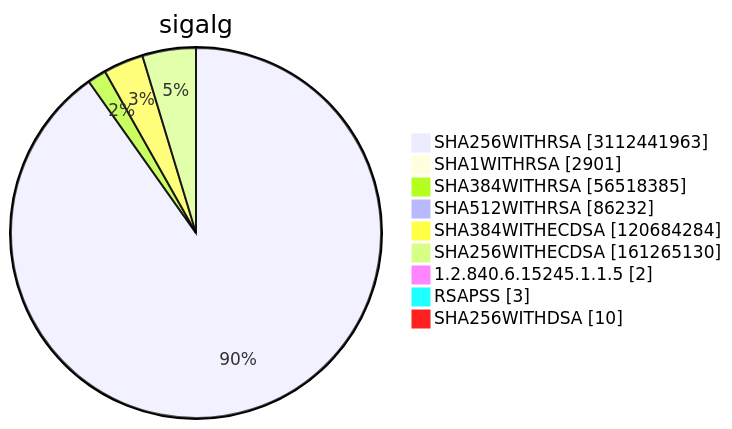
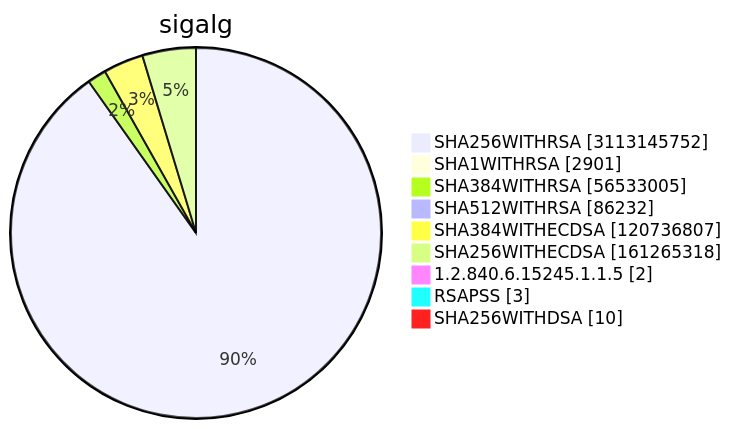
Before and after one commit to christiankrug/ctmonitor_visualization: diagram 15 of 15 in TOTAL/README.md, drawn with Mermaid. The commit also changed other lines of this file, not shown here.

````diff
--- a/TOTAL/README.md
+++ b/TOTAL/README.md
@@ -6212,13 +6212,13 @@
 ```mermaid
 pie showData
 title sigalg
-"SHA256WITHRSA" :3112441963
+"SHA256WITHRSA" :3113145752
 "SHA1WITHRSA" :2901
-"SHA384WITHRSA" :56518385
+"SHA384WITHRSA" :56533005
 "SHA512WITHRSA" :86232
-"SHA384WITHECDSA" :120684284
-"SHA256WITHECDSA" :161265130
+"SHA384WITHECDSA" :120736807
+"SHA256WITHECDSA" :161265318
 "1.2.840.6.15245.1.1.5" :2
 "RSAPSS" :3
 "SHA256WITHDSA" :10
 ```
````
